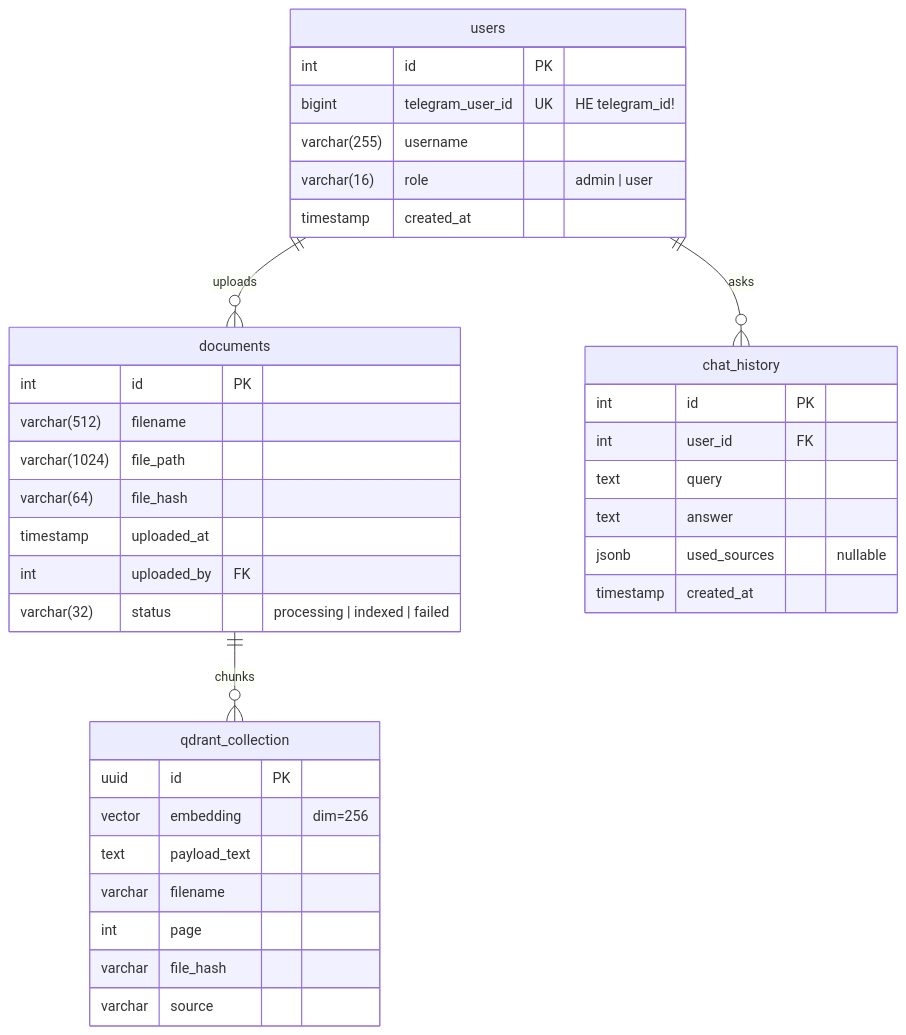
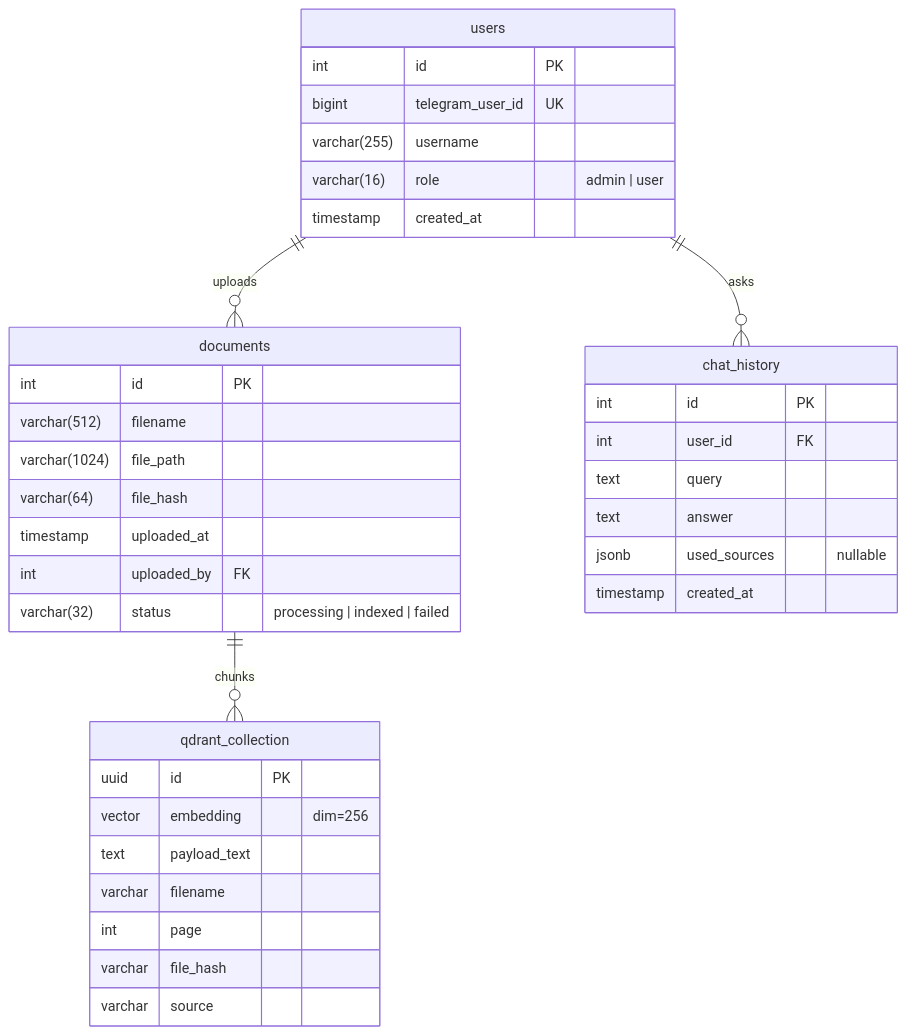
Before and after one commit to ugryumnik/hse-python-advanced-project: the third of 3 diagrams in README.md, drawn with Mermaid.

````diff
--- a/README.md
+++ b/README.md
@@ -216,43 +216,43 @@
 ```mermaid
 erDiagram
     users {
         int id PK
-        bigint telegram_user_id UK "НЕ telegram_id!"
+        bigint telegram_user_id UK
         varchar(255) username
         varchar(16) role "admin | user"
         timestamp created_at
     }
 
     documents {
         int id PK
         varchar(512) filename
         varchar(1024) file_path
         varchar(64) file_hash
         timestamp uploaded_at
         int uploaded_by FK
         varchar(32) status "processing | indexed | failed"
     }
 
     chat_history {
         int id PK
         int user_id FK
         text query
         text answer
         jsonb used_sources "nullable"
         timestamp created_at
     }
 
     qdrant_collection {
         uuid id PK
         vector embedding "dim=256"
         text payload_text
         varchar filename
         int page
         varchar file_hash
         varchar source
     }
 
     users ||--o{ documents : "uploads"
     users ||--o{ chat_history : "asks"
     documents ||--o{ qdrant_collection : "chunks"
 ```
````
